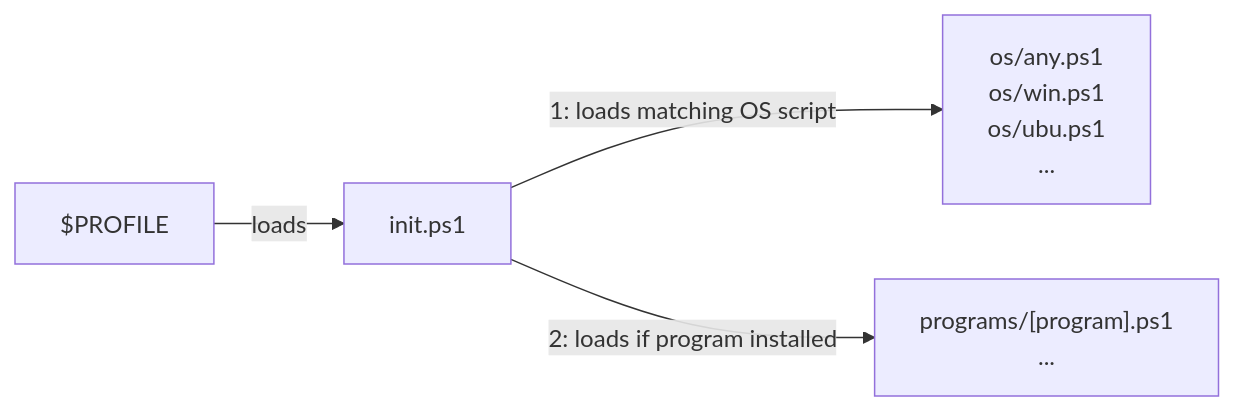
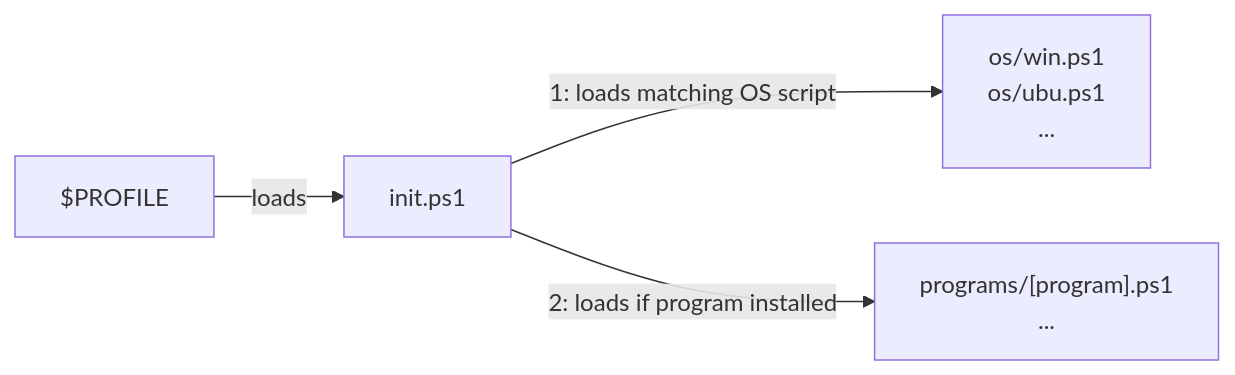
The second of 2 diagrams in README.md (alanlivio/cli-helpers), drawn with Mermaid before and after one commit. The commit also changed other lines of this file and 5 other files, not shown here.

````diff
--- a/README.md
+++ b/README.md
@@ -31,21 +30,20 @@
 ```mermaid
 flowchart LR
     psprofile["$PROFILE"]
     ps-init["init.ps1"]
     %% sh-init["init.sh"]
     program-dependent["
         programs/[program].ps1
         ...
     "]
     OS-dependent["
-        os/any.ps1
         os/win.ps1
         os/ubu.ps1
         ...
     "]
 
     psprofile--> |"loads"| ps-init
     ps-init --> |"1: loads matching OS script"| OS-dependent
     ps-init --> |"2: loads if program installed"| program-dependent
     %%ps-init --> |"3: create ps1 alias to functions at"| sh-init
 ```
````
